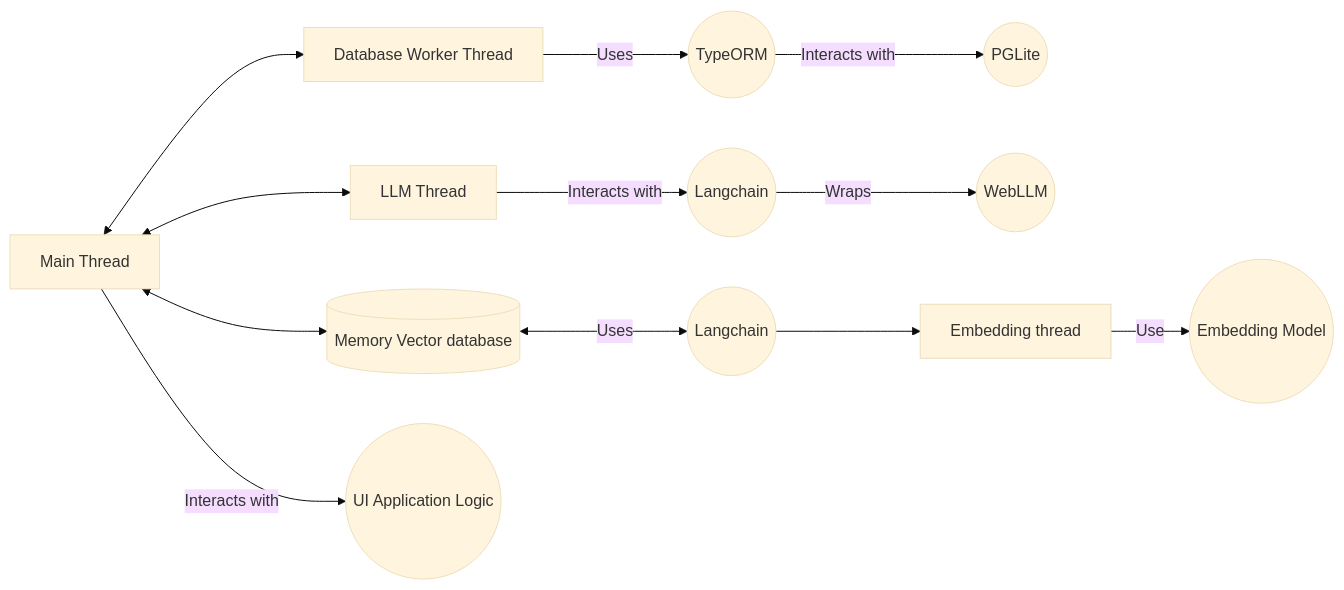
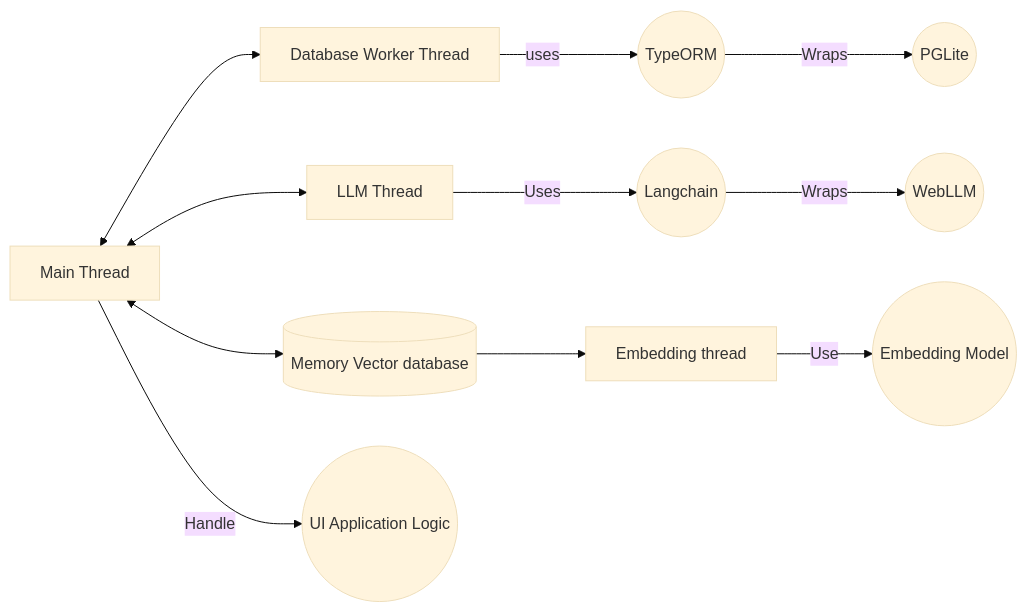
One commit to zrg-team/NoLLMChat changed the diagram in README.md. Above: the diagram before and after it, drawn with Mermaid (base theme). The commit also changed other lines of this file, not shown here.

````diff
--- a/README.md
+++ b/README.md
@@ -61,15 +61,14 @@
 ```mermaid
 graph LR
     A[Main Thread] <--> C[Database Worker Thread]
-    C -->|Uses| I((TypeORM))
-    I -->|Interacts with| D((PGLite))
+    C -->|uses| I((TypeORM))
+    I -->|Wraps| D((PGLite))
     A <--> E[LLM Thread]
-    E -->|Interacts with| J((Langchain))
+    E -->|Uses| J((Langchain))
     J -->|Wraps| F((WebLLM))
     A <--> G[(Memory Vector database)]
-    G <--> |Uses| H((Langchain))
-    H --> K[Embedding thread]
+    G --> K[Embedding thread]
     K -->|Use| L((Embedding Model))
     
-    A -->|Interacts with| B((UI Application Logic))
+    A -->|Handle| B((UI Application Logic))
 ```
````
